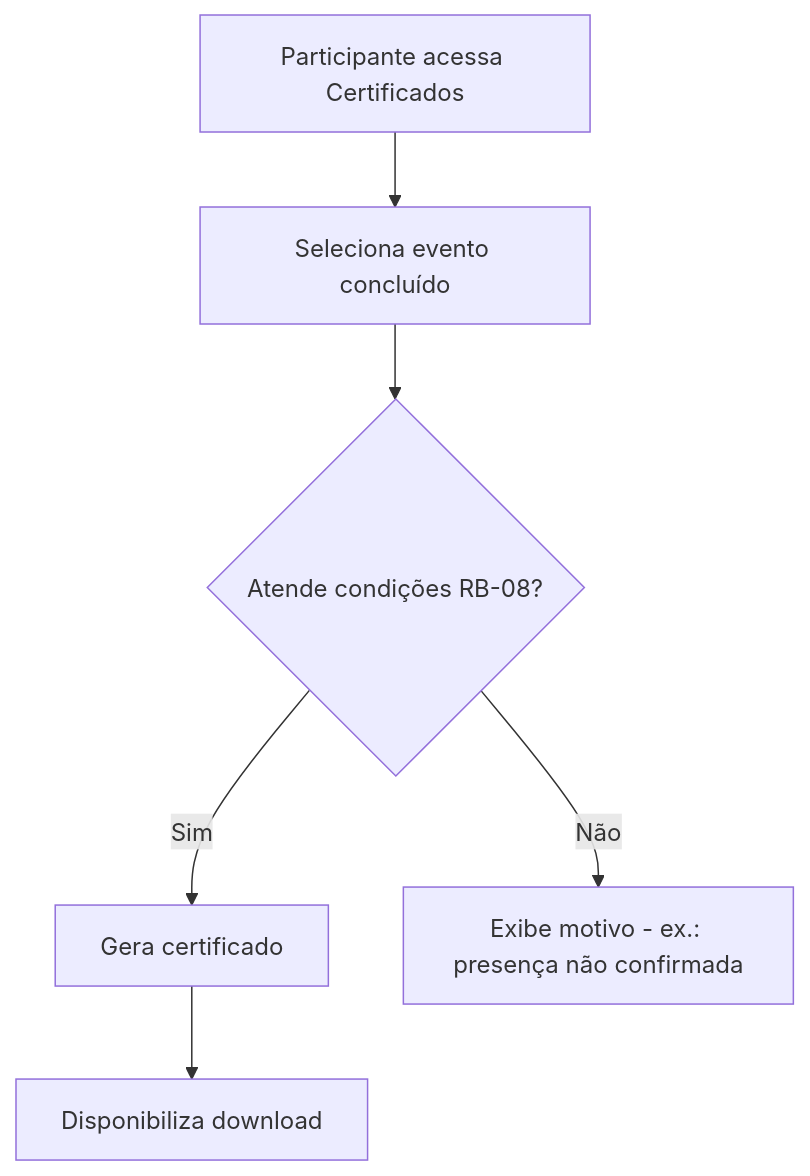
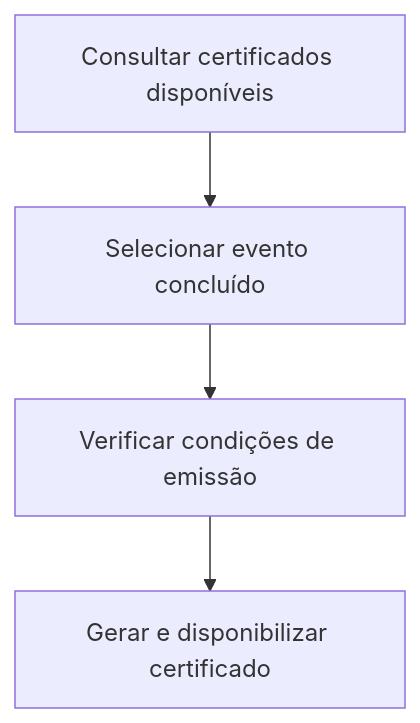
Before and after one commit to felipe-globo/engenharia-requisitos-genai: the sixth of 7 diagrams in especificacao/prototipos-e-fluxos.md, drawn with Mermaid. The commit also changed other lines of this file, not shown here.

First line of the commit message:
docs: simplify prototypes and flows to main path diagrams

````diff
--- a/especificacao/prototipos-e-fluxos.md
+++ b/especificacao/prototipos-e-fluxos.md
@@ -147,8 +86,6 @@
 ```mermaid
 flowchart TD
-    A[Participante acessa Certificados] --> B[Seleciona evento concluído]
-    B --> C{Atende condições RB-08?}
-    C -->|Sim| D[Gera certificado]
-    D --> E[Disponibiliza download]
-    C -->|Não| F[Exibe motivo - ex.: presença não confirmada]
+    A[Consultar certificados disponíveis] --> B[Selecionar evento concluído]
+    B --> C[Verificar condições de emissão]
+    C --> D[Gerar e disponibilizar certificado]
 ```
````
